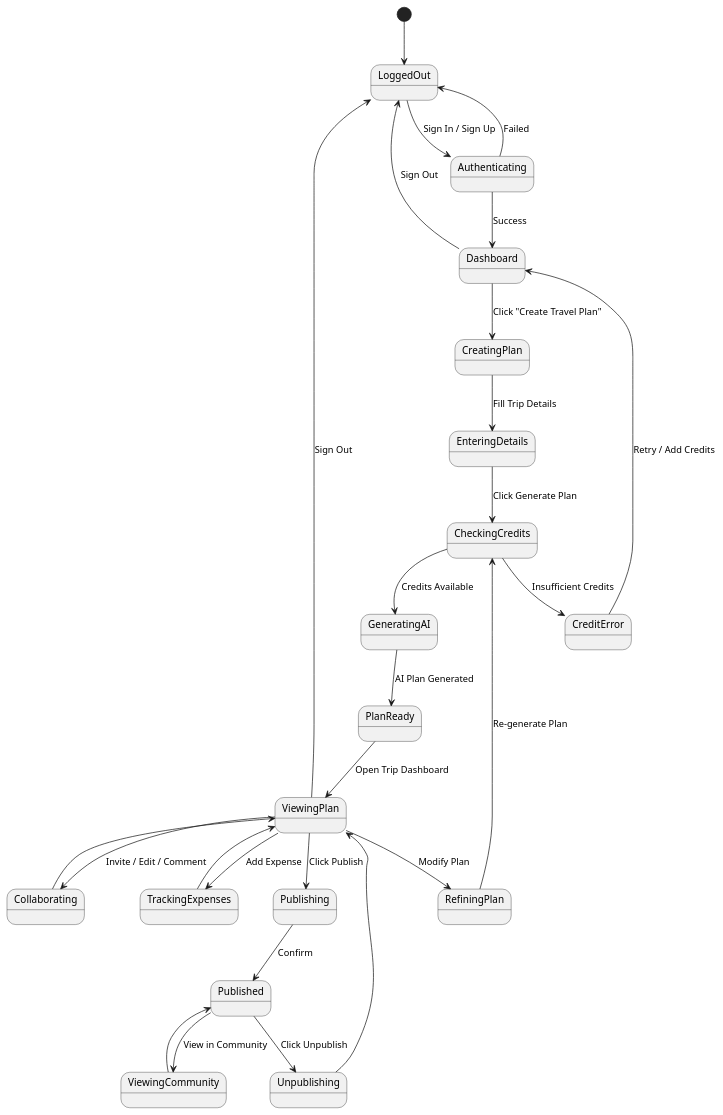
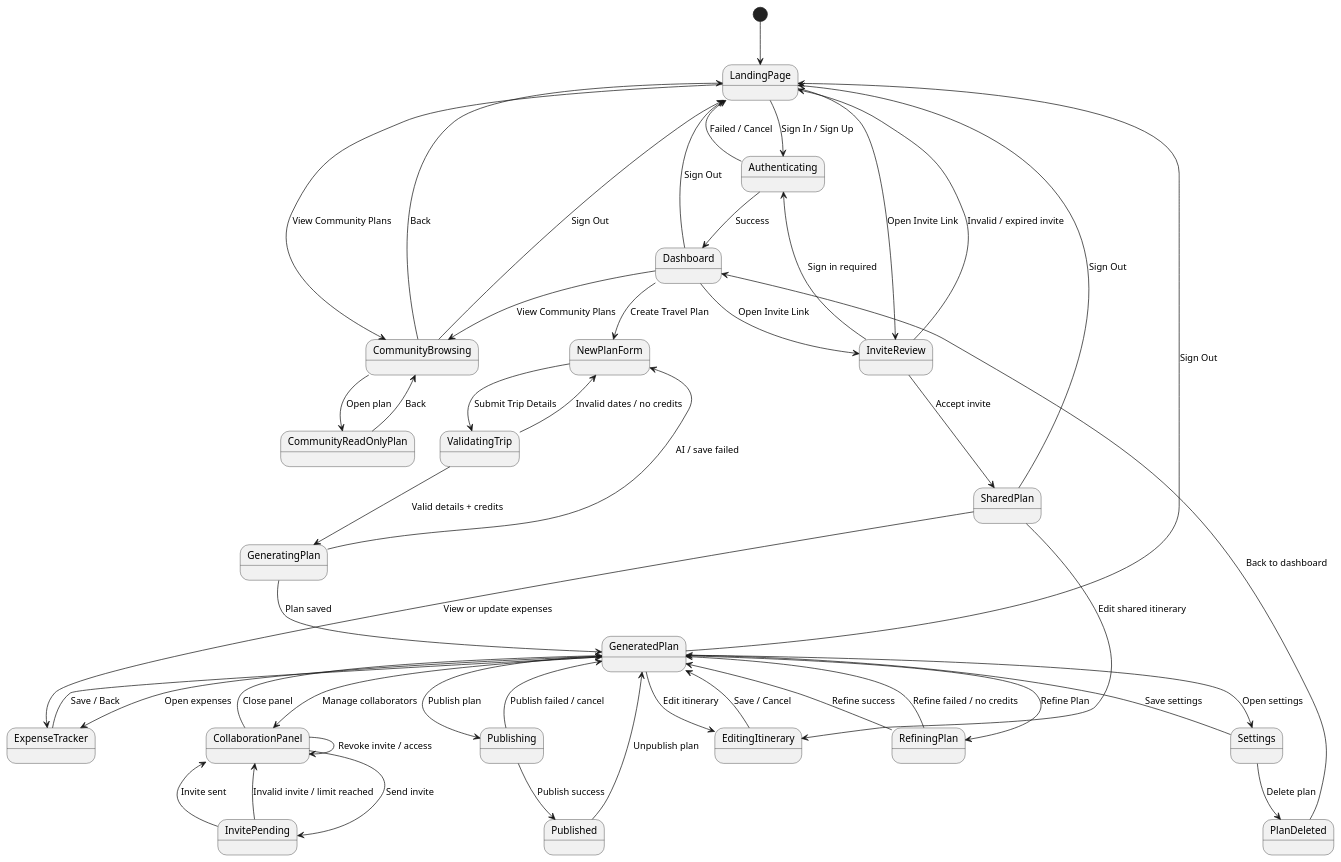
Before and after one commit to naishil19/Yatrify: the diagram in Diagram/state.plantuml, drawn with PlantUML. The commit also changed 13 other files, not shown here.

```diff
--- a/Diagram/state.plantuml
+++ b/Diagram/state.plantuml
@@ -1,57 +1,74 @@
 @startuml
 skinparam monochrome true
 skinparam shadowing false
 
-[*] --> LoggedOut
 
-' ================= AUTH STATES =================
-LoggedOut --> Authenticating : Sign In / Sign Up
+[*] --> LandingPage
+
+' ================= PUBLIC ENTRY =================
+LandingPage --> Authenticating : Sign In / Sign Up
+LandingPage --> CommunityBrowsing : View Community Plans
+LandingPage --> InviteReview : Open Invite Link
+
+' ================= AUTH =================
 Authenticating --> Dashboard : Success
-Authenticating --> LoggedOut : Failed
+Authenticating --> LandingPage : Failed / Cancel
 
-Dashboard --> CreatingPlan : Click "Create Travel Plan"
+' ================= DASHBOARD =================
+Dashboard --> NewPlanForm : Create Travel Plan
+Dashboard --> CommunityBrowsing : View Community Plans
+Dashboard --> InviteReview : Open Invite Link
+Dashboard --> LandingPage : Sign Out
 
 ' ================= PLAN CREATION =================
-CreatingPlan --> EnteringDetails : Fill Trip Details
-EnteringDetails --> CheckingCredits : Click Generate Plan
+NewPlanForm --> ValidatingTrip : Submit Trip Details
+ValidatingTrip --> GeneratingPlan : Valid details + credits
+ValidatingTrip --> NewPlanForm : Invalid dates / no credits
+GeneratingPlan --> GeneratedPlan : Plan saved
+GeneratingPlan --> NewPlanForm : AI / save failed
 
-CheckingCredits --> GeneratingAI : Credits Available
-CheckingCredits --> CreditError : Insufficient Credits
+' ================= PLAN WORKSPACE =================
+GeneratedPlan --> RefiningPlan : Refine Plan
+RefiningPlan --> GeneratedPlan : Refine success
+RefiningPlan --> GeneratedPlan : Refine failed / no credits
 
-CreditError --> Dashboard : Retry / Add Credits
+GeneratedPlan --> EditingItinerary : Edit itinerary
+EditingItinerary --> GeneratedPlan : Save / Cancel
 
-' ================= AI GENERATION =================
-GeneratingAI --> PlanReady : AI Plan Generated
+GeneratedPlan --> CollaborationPanel : Manage collaborators
+CollaborationPanel --> GeneratedPlan : Close panel
+CollaborationPanel --> InvitePending : Send invite
+InvitePending --> CollaborationPanel : Invite sent
+InvitePending --> CollaborationPanel : Invalid invite / limit reached
+CollaborationPanel --> CollaborationPanel : Revoke invite / access
 
-' ================= DASHBOARD =================
-PlanReady --> ViewingPlan : Open Trip Dashboard
+GeneratedPlan --> ExpenseTracker : Open expenses
+ExpenseTracker --> GeneratedPlan : Save / Back
 
-' ================= REFINEMENT =================
-ViewingPlan --> RefiningPlan : Modify Plan
+GeneratedPlan --> Settings : Open settings
+Settings --> GeneratedPlan : Save settings
+Settings --> PlanDeleted : Delete plan
+PlanDeleted --> Dashboard : Back to dashboard
 
-RefiningPlan --> CheckingCredits : Re-generate Plan
+GeneratedPlan --> Publishing : Publish plan
+Publishing --> Published : Publish success
+Publishing --> GeneratedPlan : Publish failed / cancel
+Published --> GeneratedPlan : Unpublish plan
 
-' ================= COLLABORATION =================
-ViewingPlan --> Collaborating : Invite / Edit / Comment
-Collaborating --> ViewingPlan
+GeneratedPlan --> LandingPage : Sign Out
 
-' ================= EXPENSE TRACKING =================
-ViewingPlan --> TrackingExpenses : Add Expense
-TrackingExpenses --> ViewingPlan
+' ================= SHARED PLAN FLOW =================
+InviteReview --> Authenticating : Sign in required
+InviteReview --> SharedPlan : Accept invite
+InviteReview --> LandingPage : Invalid / expired invite
+SharedPlan --> EditingItinerary : Edit shared itinerary
+SharedPlan --> ExpenseTracker : View or update expenses
+SharedPlan --> LandingPage : Sign Out
 
-' ================= PUBLISH FLOW =================
-ViewingPlan --> Publishing : Click Publish
-Publishing --> Published : Confirm
-
-Published --> ViewingCommunity : View in Community
-ViewingCommunity --> Published
-
-' ================= UNPUBLISH =================
-Published --> Unpublishing : Click Unpublish
-Unpublishing --> ViewingPlan
-
-' ================= LOGOUT =================
-Dashboard --> LoggedOut : Sign Out
-ViewingPlan --> LoggedOut : Sign Out
+' ================= COMMUNITY FLOW =================
+CommunityBrowsing --> CommunityReadOnlyPlan : Open plan
+CommunityReadOnlyPlan --> CommunityBrowsing : Back
+CommunityBrowsing --> LandingPage : Back
+CommunityBrowsing --> LandingPage : Sign Out
 
 @enduml
```
